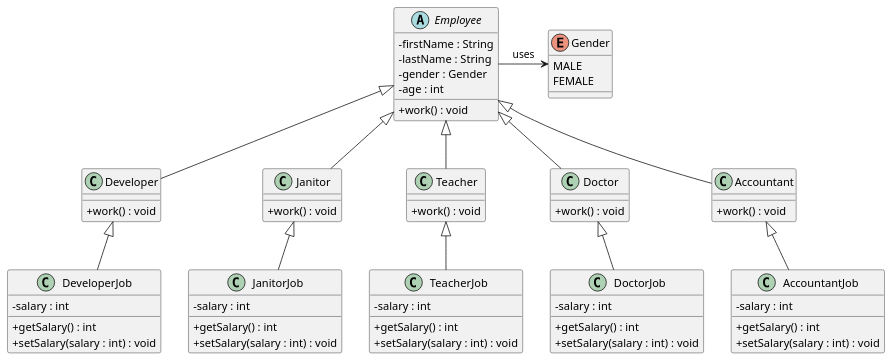
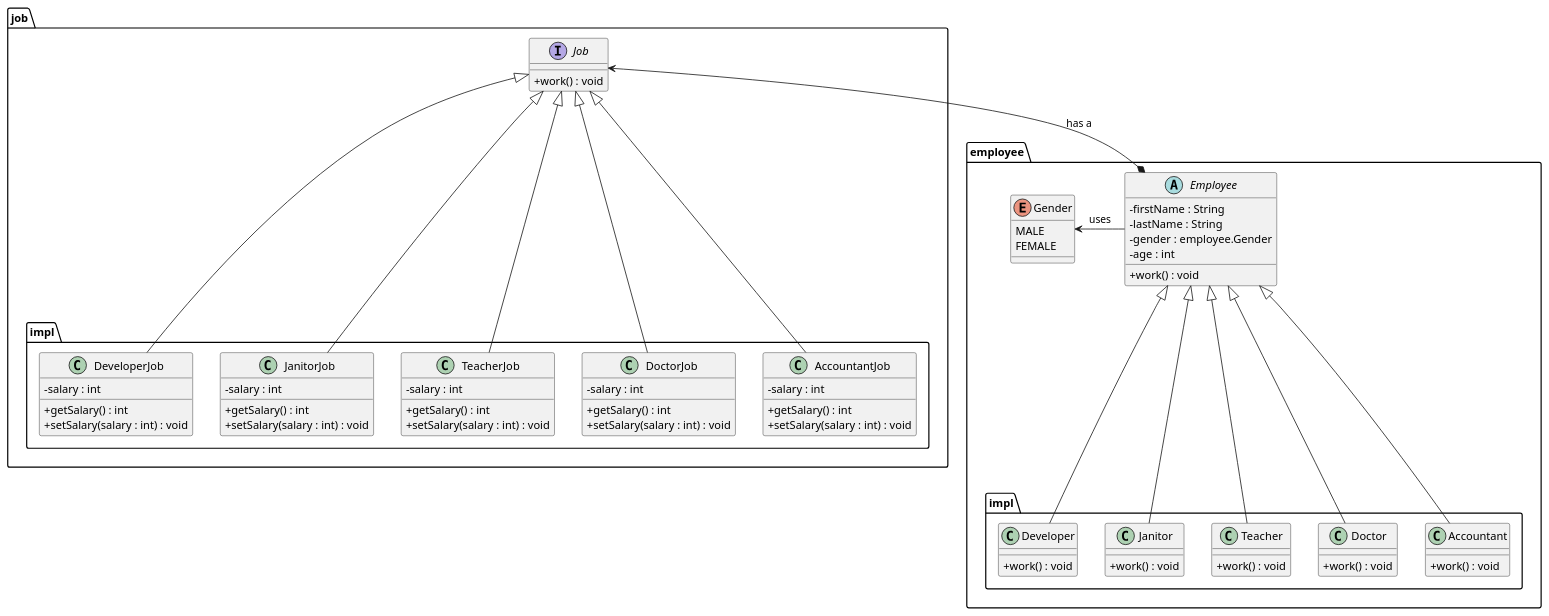
Before and after one commit to KieranOConnell/bridge: the diagram in Design.puml, drawn with PlantUML.

Commit message:
Updated UML diagram for new proposed design of Bridge

```diff
--- a/Design.puml
+++ b/Design.puml
@@ -1,78 +1,85 @@
 @startuml
 skinparam classAttributeIconSize 0
 
-abstract class Employee {
+abstract class employee.Employee {
 -firstName : String
 -lastName : String
--gender : Gender
+-gender : employee.Gender
 -age : int
 +work() : void
 }
 
-class Developer {
+interface job.Job {
 +work() : void
 }
 
-class DeveloperJob {
+class employee.impl.Developer {
++work() : void
+}
+
+class job.impl.DeveloperJob {
 -salary : int
 +getSalary() : int
 +setSalary(salary : int) : void
 }
 
-class Janitor {
+class employee.impl.Janitor {
 +work() : void
 }
 
-class JanitorJob {
+class job.impl.JanitorJob {
 -salary : int
 +getSalary() : int
 +setSalary(salary : int) : void
 }
 
-class Teacher {
+class employee.impl.Teacher {
 +work() : void
 }
 
-class TeacherJob {
+class job.impl.TeacherJob {
 -salary : int
 +getSalary() : int
 +setSalary(salary : int) : void
 }
 
-class Doctor {
+class employee.impl.Doctor {
 +work() : void
 }
 
-class DoctorJob {
+class job.impl.DoctorJob {
 -salary : int
 +getSalary() : int
 +setSalary(salary : int) : void
 }
 
-class Accountant {
+class employee.impl.Accountant {
 +work() : void
 }
 
-class AccountantJob {
+class job.impl.AccountantJob {
 -salary : int
 +getSalary() : int
 +setSalary(salary : int) : void
 }
 
-enum Gender {
+enum employee.Gender {
 MALE
 FEMALE
 }
 
-Employee <|-- Developer
-Employee <|-- Janitor
-Employee <|-- Teacher
-Employee <|-- Doctor
-Employee <|-- Accountant
-Developer <|-- DeveloperJob
-Janitor <|-- JanitorJob
-Teacher <|-- TeacherJob
-Doctor <|-- DoctorJob
-Accountant <|-- AccountantJob
-Employee -> Gender : uses
+job.Job <--* employee.Employee : has a
+employee.Gender <- employee.Employee : uses
+
+employee.Employee <|--- employee.impl.Developer
+employee.Employee <|--- employee.impl.Janitor
+employee.Employee <|--- employee.impl.Teacher
+employee.Employee <|--- employee.impl.Doctor
+employee.Employee <|--- employee.impl.Accountant
+
+job.Job <|--- job.impl.DeveloperJob
+job.Job <|--- job.impl.JanitorJob
+job.Job <|--- job.impl.TeacherJob
+job.Job <|--- job.impl.DoctorJob
+job.Job <|--- job.impl.AccountantJob
 @enduml
```
